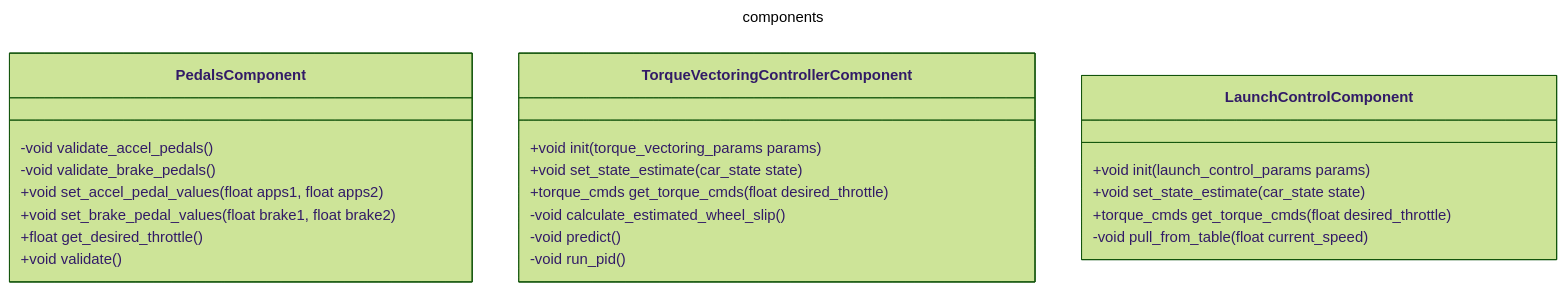
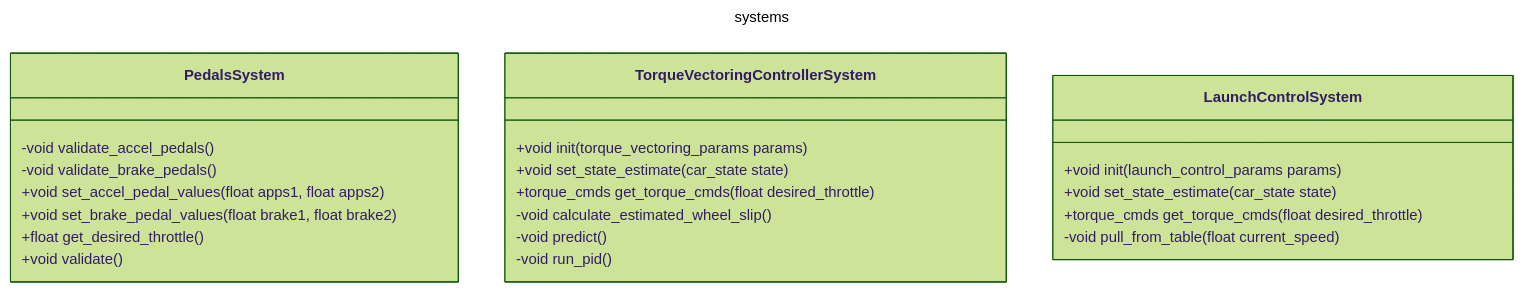
One commit to hytech-racing/MCU changed the second of 4 diagrams in README.md. Above: the diagram before and after it, drawn with Mermaid (forest theme). The commit also changed other lines of this file and 2 other files, not shown here.

````diff
--- a/README.md
+++ b/README.md
@@ -96,34 +73,34 @@
 ```mermaid
 ---
-title: components
+title: systems
 ---
 classDiagram
-    class PedalsComponent{
+    class PedalsSystem{
         -void validate_accel_pedals()
         -void validate_brake_pedals()
 
         +void set_accel_pedal_values(float apps1, float apps2)
         +void set_brake_pedal_values(float brake1, float brake2)
         +float get_desired_throttle()
         +void validate()
     } 
-    class TorqueVectoringControllerComponent{
+    class TorqueVectoringControllerSystem{
         
         +void init(torque_vectoring_params params)
         +void set_state_estimate(car_state state)
         +torque_cmds get_torque_cmds(float desired_throttle)
         -void calculate_estimated_wheel_slip()
         -void predict()
         -void run_pid()
     }
     
-    class LaunchControlComponent{
+    class LaunchControlSystem{
         
         +void init(launch_control_params params)
         +void set_state_estimate(car_state state)
         +torque_cmds get_torque_cmds(float desired_throttle)
         -void pull_from_table(float current_speed)
     }
     
     
 ```
````
